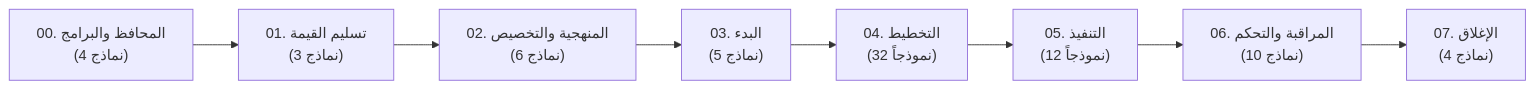
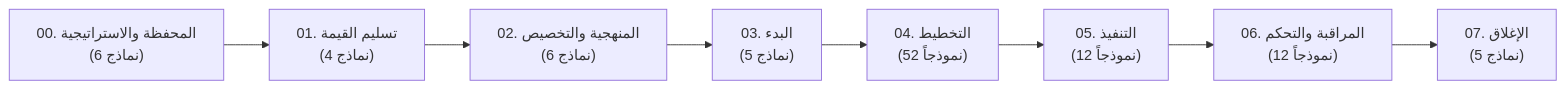
Before and after one commit to fakhruldeen/Tasleemat: the diagram in README_AR.md, drawn with Mermaid. The commit also changed other lines of this file and 1 other file, not shown here.

````diff
--- a/README_AR.md
+++ b/README_AR.md
@@ -92,10 +85,10 @@
 ```mermaid
 flowchart LR
-    P0["00. المحافظ والبرامج<br/>(4 نماذج)"] --> P1["01. تسليم القيمة<br/>(3 نماذج)"]
+    P0["00. المحفظة والاستراتيجية<br/>(6 نماذج)"] --> P1["01. تسليم القيمة<br/>(4 نماذج)"]
     P1 --> P2["02. المنهجية والتخصيص<br/>(6 نماذج)"]
     P2 --> P3["03. البدء<br/>(5 نماذج)"]
-    P3 --> P4["04. التخطيط<br/>(32 نموذجاً)"]
+    P3 --> P4["04. التخطيط<br/>(52 نموذجاً)"]
     P4 --> P5["05. التنفيذ<br/>(12 نموذجاً)"]
-    P5 --> P6["06. المراقبة والتحكم<br/>(10 نماذج)"]
-    P6 --> P7["07. الإغلاق<br/>(4 نماذج)"]
+    P5 --> P6["06. المراقبة والتحكم<br/>(12 نموذجاً)"]
+    P6 --> P7["07. الإغلاق<br/>(5 نماذج)"]
 ```
````
